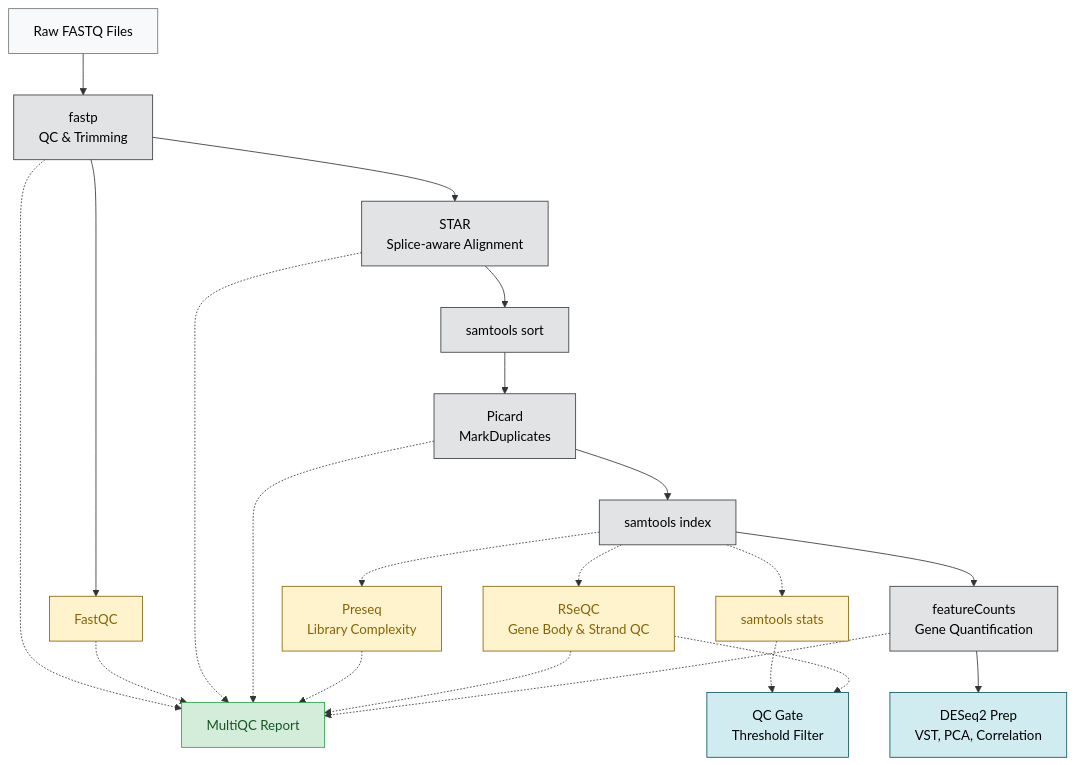
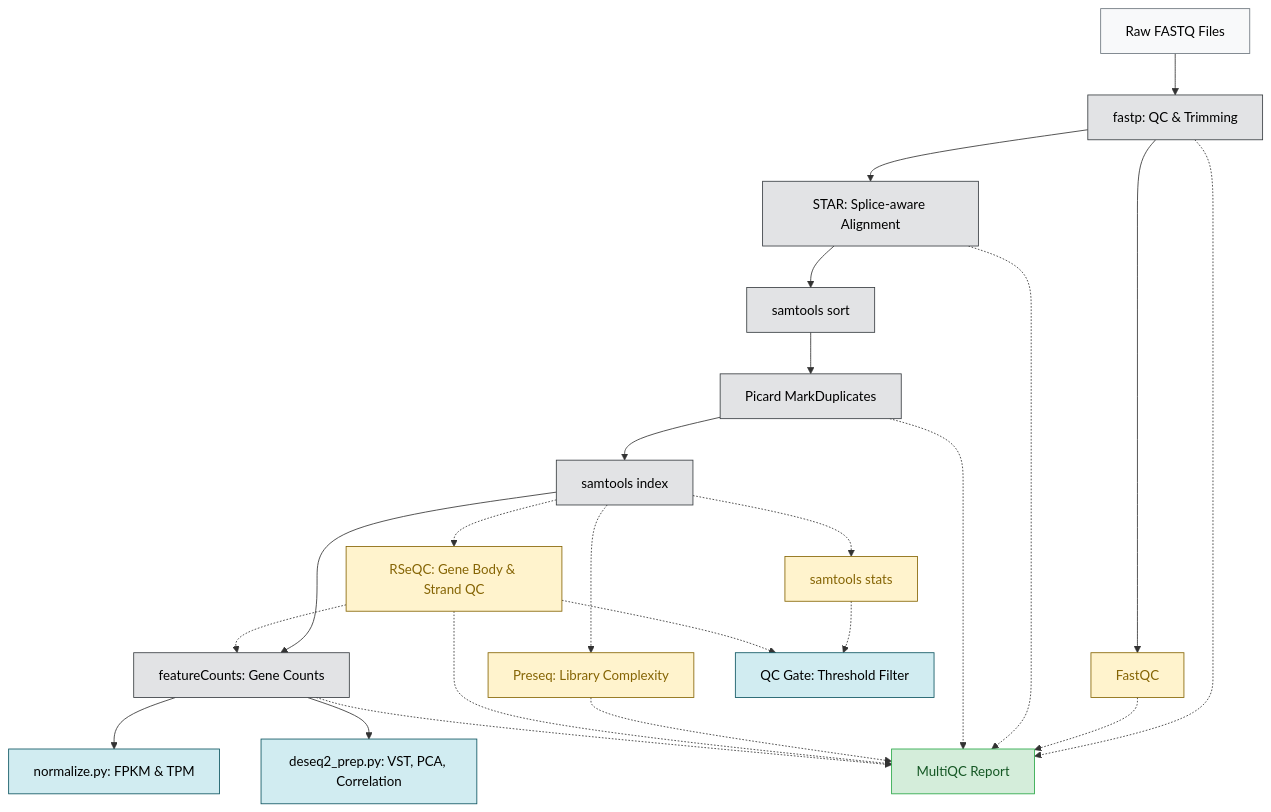
One commit to BDB-Genomics/bdb-rnaseq changed the diagram in README.md. Above: the diagram before and after it, drawn with Mermaid. The commit also changed other lines of this file and 7 other files, not shown here.

````diff
--- a/README.md
+++ b/README.md
@@ -11,50 +13,51 @@
 ```mermaid
 graph TD
-    %% ── Stage 1: Preprocessing ──
-    Raw[Raw FASTQ Files] --> FastP[fastp<br>QC & Trimming]
+    %% ── Preprocessing ──
+    Raw[Raw FASTQ Files] --> FastP[fastp: QC & Trimming]
     FastP --> FastQC[FastQC]
 
-    %% ── Stage 2: Alignment & Sorting ──
-    FastP --> STAR[STAR<br>Splice-aware Alignment]
+    %% ── Alignment & Sorting ──
+    FastP --> STAR[STAR: Splice-aware Alignment]
     STAR --> Sort[samtools sort]
     
-    %% ── Stage 3: Duplicate Marking & Indexing ──
-    Sort --> MarkDup[Picard<br>MarkDuplicates]
+    %% ── Duplicate Marking & Indexing ──
+    Sort --> MarkDup[Picard MarkDuplicates]
     MarkDup --> Index[samtools index]
     
-    %% ── Stage 4: QC & Complexity ──
+    %% ── QC & Complexity ──
     Index -.-> Stats[samtools stats]
-    Index -.-> Preseq[Preseq<br>Library Complexity]
-    Index -.-> RSeQC[RSeQC<br>Gene Body & Strand QC]
+    Index -.-> Preseq[Preseq: Library Complexity]
+    Index -.-> RSeQC[RSeQC: Gene Body & Strand QC]
 
-    %% ── Stage 5: Quantification ──
-    Index --> FeatureCounts[featureCounts<br>Gene Quantification]
+    %% ── Quantification ──
+    Index --> FeatureCounts[featureCounts: Gene Counts]
+    RSeQC -.-> FeatureCounts
     
-    %% ── Stage 6: Analytics & Gating ──
-    FeatureCounts --> DESeq2Prep[DESeq2 Prep<br>VST, PCA, Correlation]
-    Stats -.-> QCGate[QC Gate<br>Threshold Filter]
+    %% ── Analytics ──
+    FeatureCounts --> Normalize[normalize.py: FPKM & TPM]
+    FeatureCounts --> DESeq2Prep[deseq2_prep.py: VST, PCA, Correlation]
+    Stats -.-> QCGate[QC Gate: Threshold Filter]
     RSeQC -.-> QCGate
     
-    %% ── Stage 7: Reporting ──
+    %% ── Reporting ──
     FastP -.-> MultiQC[MultiQC Report]
     FastQC -.-> MultiQC
     STAR -.-> MultiQC
     MarkDup -.-> MultiQC
     Preseq -.-> MultiQC
     RSeQC -.-> MultiQC
     FeatureCounts -.-> MultiQC
 
     %% ── Styling ──
     classDef input fill:#f8f9fa,stroke:#6c757d,color:#000;
     classDef process fill:#e2e3e5,stroke:#383d41,color:#000;
     classDef analysis fill:#d1ecf1,stroke:#0c5460,color:#000;
-    classDef diffbind fill:#e8daef,stroke:#6c3483,color:#1a1a2e;
     classDef qc fill:#fff3cd,stroke:#856404,color:#856404;
     classDef report fill:#d4edda,stroke:#28a745,color:#155724;
 
     class Raw input;
     class FastP,STAR,Sort,MarkDup,Index,FeatureCounts process;
-    class DESeq2Prep,QCGate analysis;
+    class Normalize,DESeq2Prep,QCGate analysis;
     class FastQC,Stats,Preseq,RSeQC qc;
     class MultiQC report;
 ```
````
